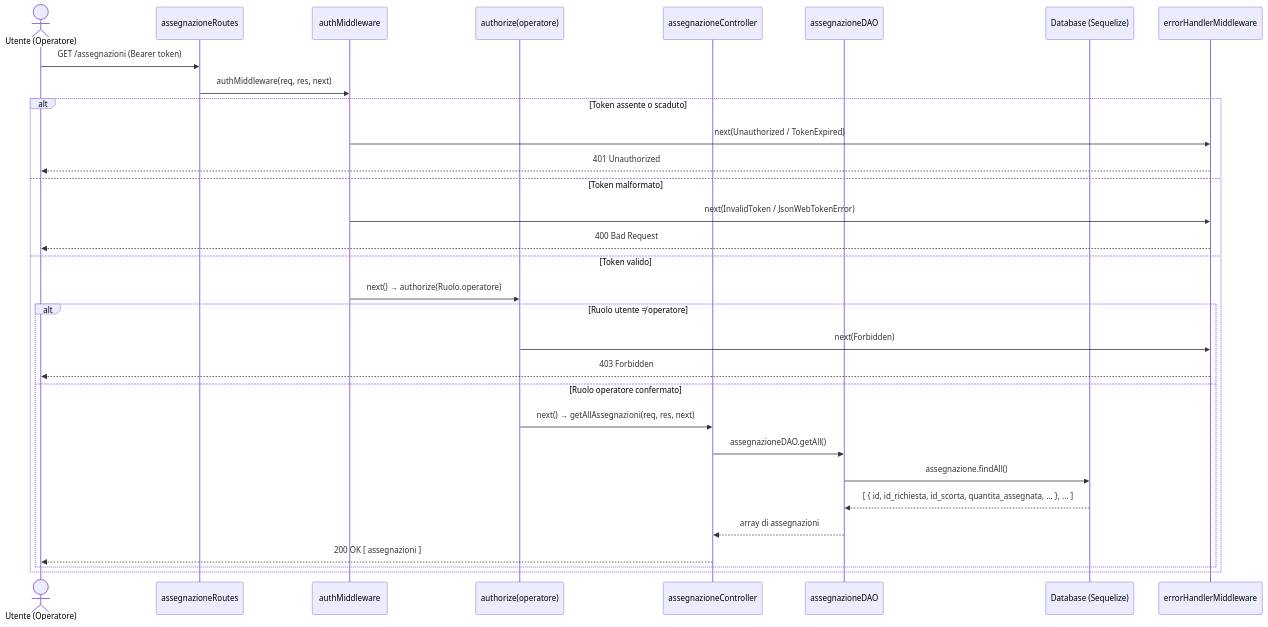
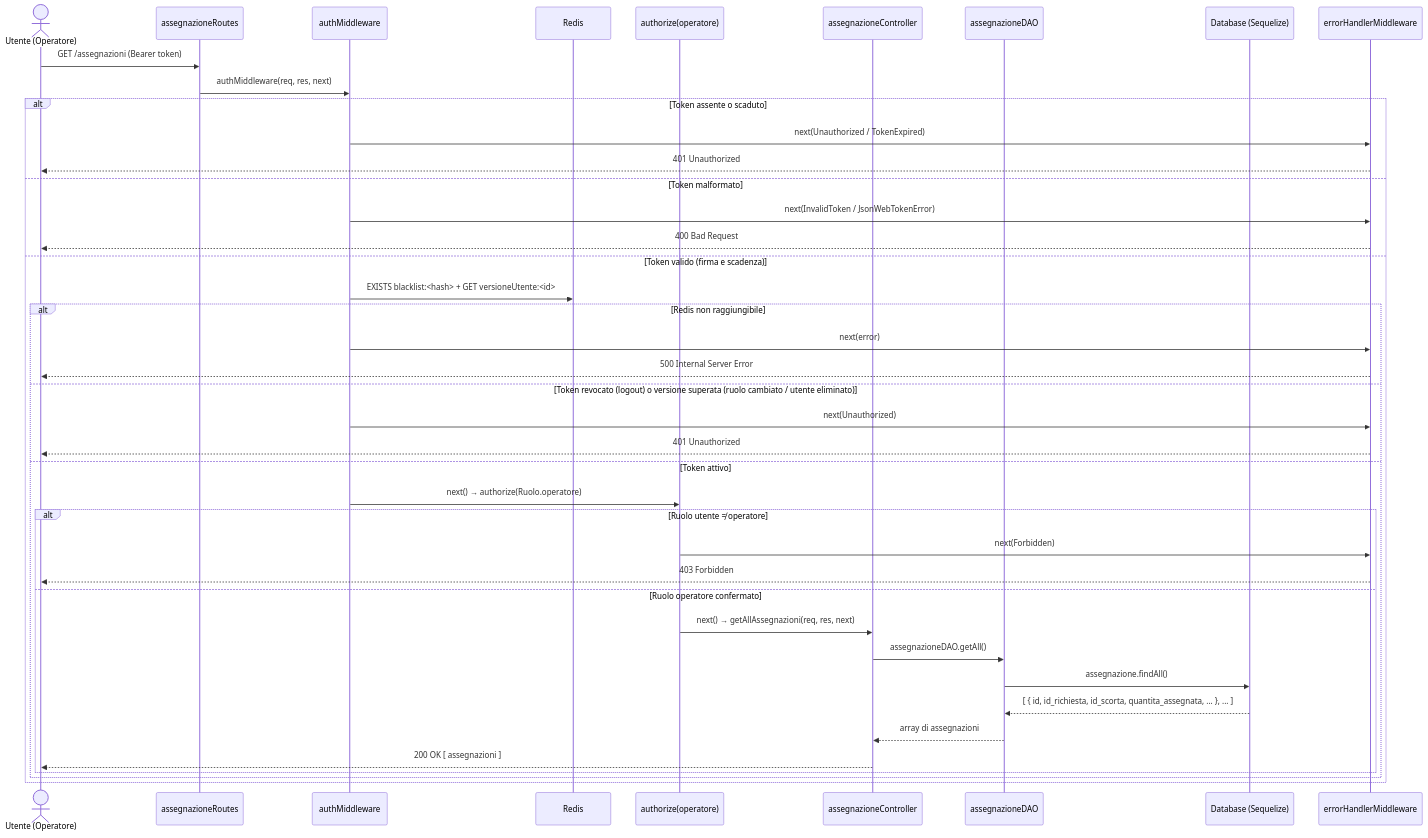
Before and after one commit to antoniodam03/ProgettoProgrammazioneAvanzata: the sixth of 6 diagrams in README.md, drawn with Mermaid. The commit also changed other lines of this file, not shown here.

````diff
--- a/README.md
+++ b/README.md
@@ -467,37 +534,47 @@
 ```mermaid
 sequenceDiagram
     actor U as Utente (Operatore)
     participant R as assegnazioneRoutes
     participant AUTH as authMiddleware
+    participant RD as Redis
     participant AUTHZ as authorize(operatore)
     participant C as assegnazioneController
     participant D as assegnazioneDAO
     participant DB as Database (Sequelize)
     participant EH as errorHandlerMiddleware
 
     U->>R: GET /assegnazioni  (Bearer token)
     R->>AUTH: authMiddleware(req, res, next)
 
     alt Token assente o scaduto
         AUTH->>EH: next(Unauthorized / TokenExpired)
         EH-->>U: 401 Unauthorized
     else Token malformato
         AUTH->>EH: next(InvalidToken / JsonWebTokenError)
         EH-->>U: 400 Bad Request
-    else Token valido
-        AUTH->>AUTHZ: next() → authorize(Ruolo.operatore)
+    else Token valido (firma e scadenza)
+        AUTH->>RD: EXISTS blacklist:<hash> + GET versioneUtente:<id>
+        alt Redis non raggiungibile
+            AUTH->>EH: next(error)
+            EH-->>U: 500 Internal Server Error
+        else Token revocato (logout) o versione superata (ruolo cambiato / utente eliminato)
+            AUTH->>EH: next(Unauthorized)
+            EH-->>U: 401 Unauthorized
+        else Token attivo
+            AUTH->>AUTHZ: next() → authorize(Ruolo.operatore)
 
-        alt Ruolo utente ≠ operatore
-            AUTHZ->>EH: next(Forbidden)
-            EH-->>U: 403 Forbidden
-        else Ruolo operatore confermato
-            AUTHZ->>C: next() → getAllAssegnazioni(req, res, next)
+            alt Ruolo utente ≠ operatore
+                AUTHZ->>EH: next(Forbidden)
+                EH-->>U: 403 Forbidden
+            else Ruolo operatore confermato
+                AUTHZ->>C: next() → getAllAssegnazioni(req, res, next)
 
-            C->>D: assegnazioneDAO.getAll()
-            D->>DB: assegnazione.findAll()
-            DB-->>D: [ { id, id_richiesta, id_scorta, quantita_assegnata, ... }, ... ]
-            D-->>C: array di assegnazioni
-            C-->>U: 200 OK  [ assegnazioni ]
+                C->>D: assegnazioneDAO.getAll()
+                D->>DB: assegnazione.findAll()
+                DB-->>D: [ { id, id_richiesta, id_scorta, quantita_assegnata, ... }, ... ]
+                D-->>C: array di assegnazioni
+                C-->>U: 200 OK  [ assegnazioni ]
+            end
         end
     end
 ```
````
